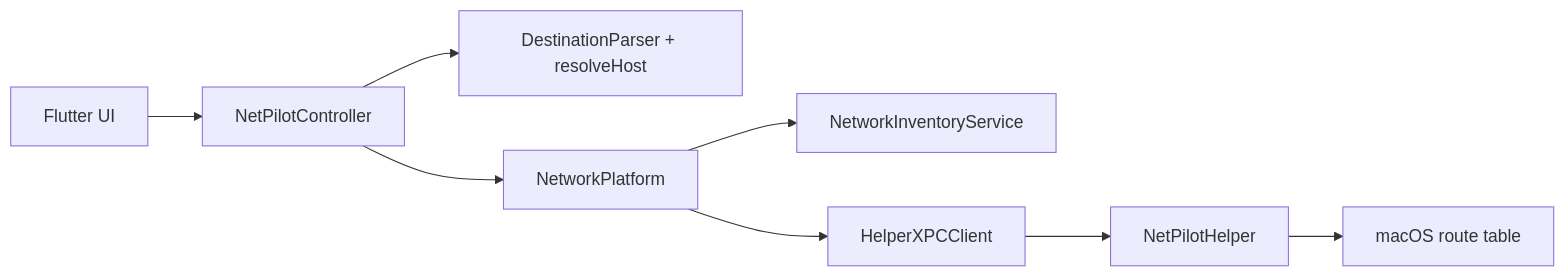
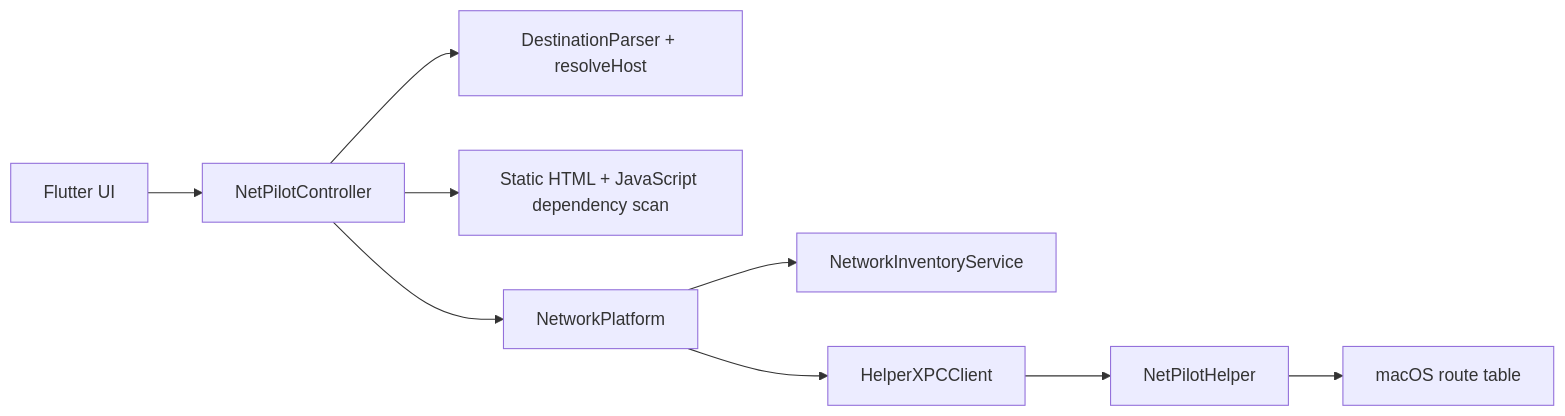
Before and after one commit to mahanpyk/netpilot: the diagram in HANDOFF.md, drawn with Mermaid. The commit also changed other lines of this file and 15 other files, not shown here.

````diff
--- a/HANDOFF.md
+++ b/HANDOFF.md
@@ -35,10 +35,11 @@
 ```mermaid
 flowchart LR
     FlutterUI[Flutter UI] --> RuleController[NetPilotController]
     RuleController --> DestinationResolver[DestinationParser + resolveHost]
+    RuleController --> DependencyScanner[Static HTML + JavaScript dependency scan]
     RuleController --> PlatformBridge[NetworkPlatform]
     PlatformBridge --> NetworkInventory[NetworkInventoryService]
     PlatformBridge --> XPCClient[HelperXPCClient]
     XPCClient --> PrivilegedHelper[NetPilotHelper]
     PrivilegedHelper --> RouteTable[macOS route table]
 ```
````
